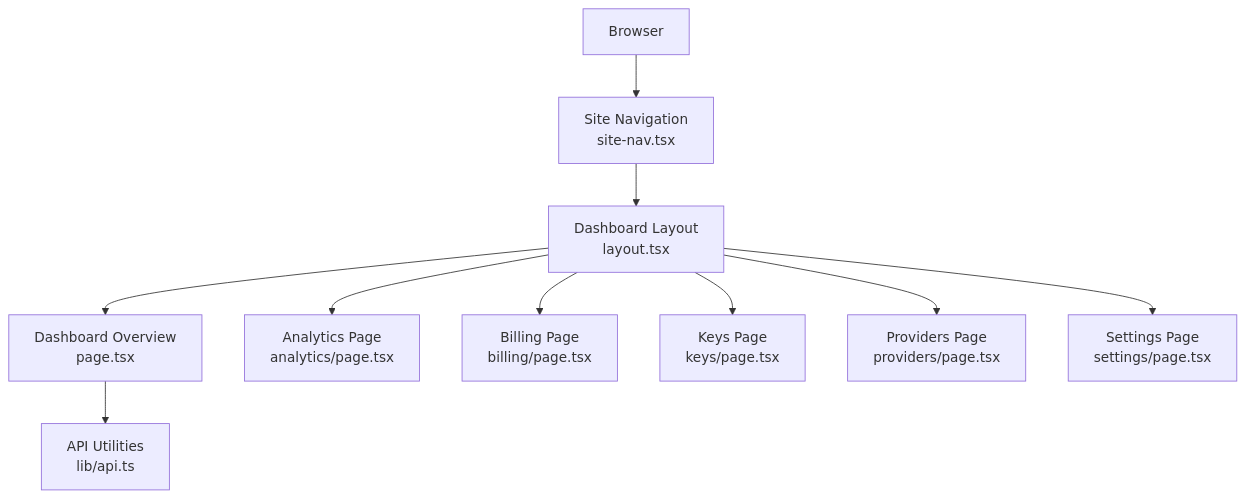
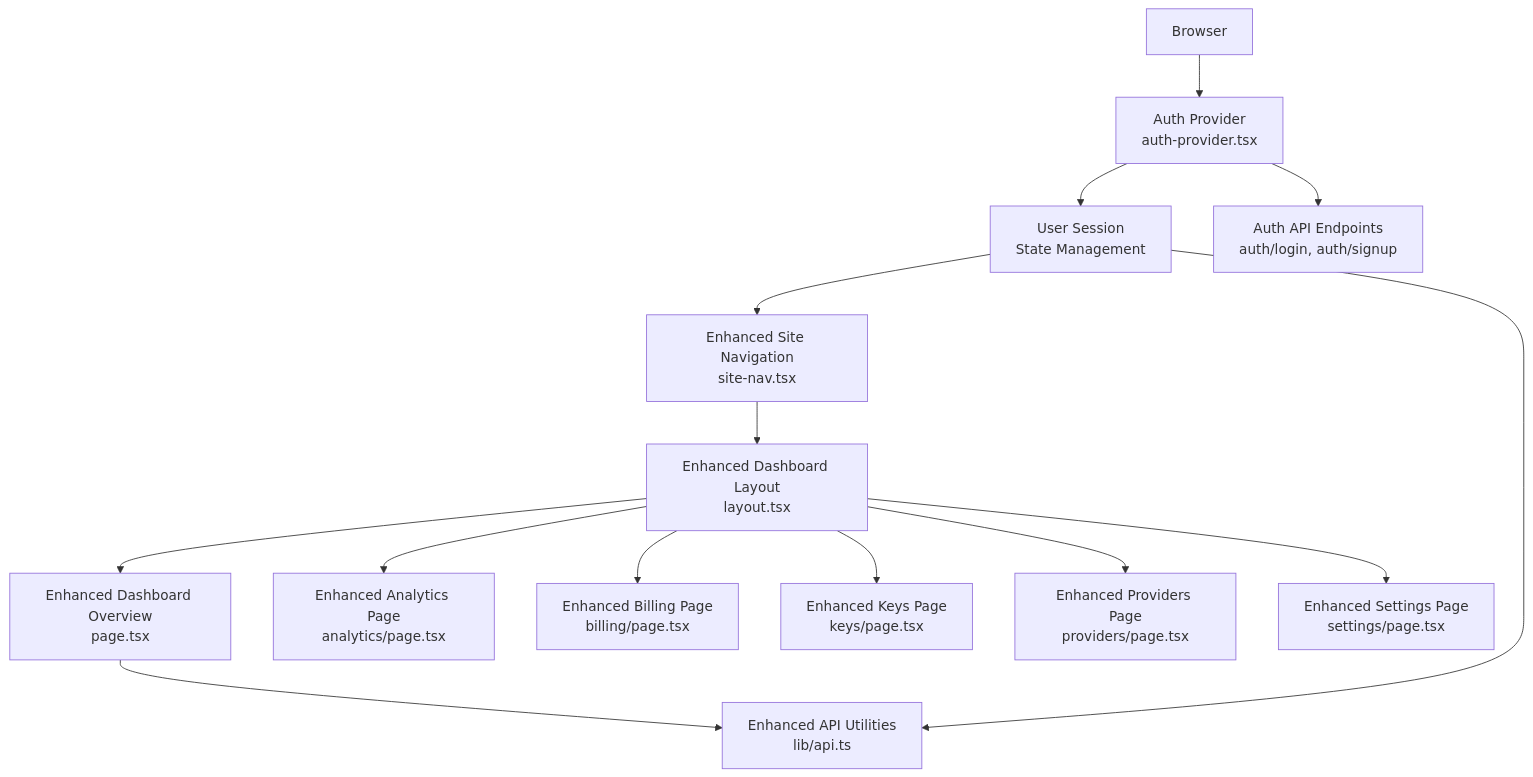
The second of 3 diagrams in .qoder/repowiki/en/content/Dashboard Features/Dashboard Overview.md (HassanAmeer/cheaprouter), drawn with Mermaid before and after one commit. The commit also changed other lines of this file and 54 other files, not shown here.

````diff
--- a/.qoder/repowiki/en/content/Dashboard Features/Dashboard Overview.md
+++ b/.qoder/repowiki/en/content/Dashboard Features/Dashboard Overview.md
@@ -107,22 +158,29 @@
 ```mermaid
 graph TB
 Client["Browser"]
-Nav["Site Navigation<br/>site-nav.tsx"]
-Layout["Dashboard Layout<br/>layout.tsx"]
-Overview["Dashboard Overview<br/>page.tsx"]
-Analytics["Analytics Page<br/>analytics/page.tsx"]
-Billing["Billing Page<br/>billing/page.tsx"]
-Keys["Keys Page<br/>keys/page.tsx"]
-Providers["Providers Page<br/>providers/page.tsx"]
-Settings["Settings Page<br/>settings/page.tsx"]
-API["API Utilities<br/>lib/api.ts"]
-Client --> Nav
+AuthProvider["Auth Provider<br/>auth-provider.tsx"]
+Session["User Session<br/>State Management"]
+Nav["Enhanced Site Navigation<br/>site-nav.tsx"]
+Layout["Enhanced Dashboard Layout<br/>layout.tsx"]
+Overview["Enhanced Dashboard Overview<br/>page.tsx"]
+Analytics["Enhanced Analytics Page<br/>analytics/page.tsx"]
+Billing["Enhanced Billing Page<br/>billing/page.tsx"]
+Keys["Enhanced Keys Page<br/>keys/page.tsx"]
+Providers["Enhanced Providers Page<br/>providers/page.tsx"]
+Settings["Enhanced Settings Page<br/>settings/page.tsx"]
+API["Enhanced API Utilities<br/>lib/api.ts"]
+AuthAPI["Auth API Endpoints<br/>auth/login, auth/signup"]
+Client --> AuthProvider
+AuthProvider --> Session
+Session --> Nav
 Nav --> Layout
 Layout --> Overview
 Layout --> Analytics
 Layout --> Billing
 Layout --> Keys
 Layout --> Providers
 Layout --> Settings
 Overview --> API
+AuthProvider --> AuthAPI
+Session --> API
 ```
````
